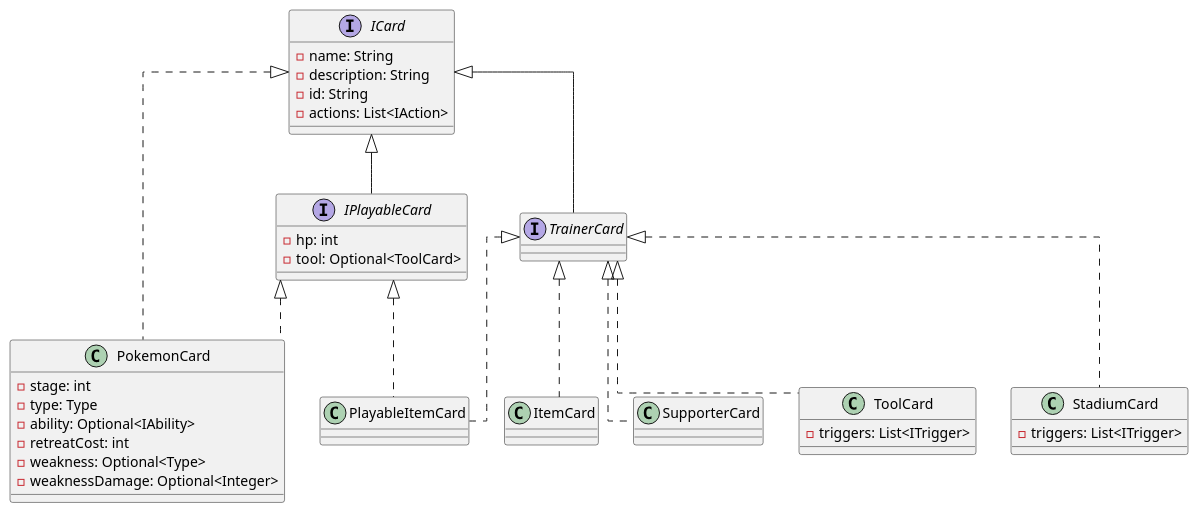
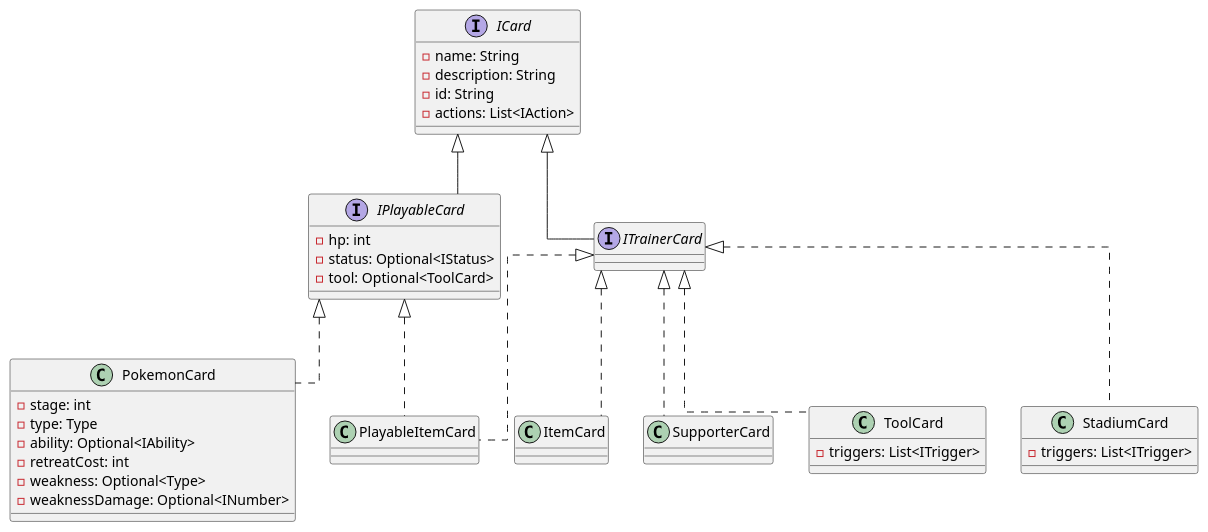
The diagram in docs/UML/ICard.puml (Richie-Moon/TCGPocketBattler), drawn with PlantUML before and after one commit. The commit also changed 4 other files, not shown here.

Commit message:
feat(docs): Added UML docs for IStatus. Start UML docs for ITrigger

```diff
--- a/docs/UML/ICard.puml
+++ b/docs/UML/ICard.puml
@@ -1,47 +1,45 @@
 @startuml
 skinparam linetype ortho
 
 interface ICard {
     - name: String
     - description: String
     - id: String
     - actions: List<IAction>
 }
 
 interface IPlayableCard extends ICard {
     - hp: int
+    - status: Optional<IStatus>
     - tool: Optional<ToolCard>
 }
 
-interface TrainerCard extends ICard {
+interface ITrainerCard extends ICard {
 }
 
 /' Fossil cards, their IAction will be to discard itself '/
-class PlayableItemCard implements IPlayableCard, TrainerCard {
-}
+class PlayableItemCard implements IPlayableCard, ITrainerCard {}
 
-class ItemCard implements TrainerCard {
-}
+class ItemCard implements ITrainerCard {}
 
-class SupporterCard implements TrainerCard {
-}
+class SupporterCard implements ITrainerCard {}
 
-class ToolCard implements TrainerCard {
+class ToolCard implements ITrainerCard {
     - triggers: List<ITrigger>
 }
 
-class StadiumCard implements TrainerCard {
+class StadiumCard implements ITrainerCard {
     - triggers: List<ITrigger>
 }
 
 /' Will also need tags to track whether the card is a mega, EX, etc. '/
-class PokemonCard implements ICard, IPlayableCard {
+class PokemonCard implements IPlayableCard {
     - stage: int
     - type: Type
     - ability: Optional<IAbility>
     - retreatCost: int
     - weakness: Optional<Type>
-    - weaknessDamage: Optional<Integer>
+    - weaknessDamage: Optional<INumber>
 }
 
 @enduml
```
